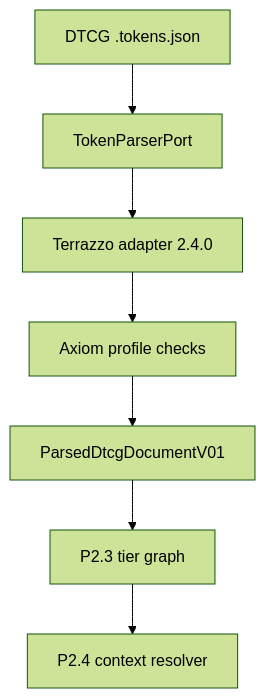
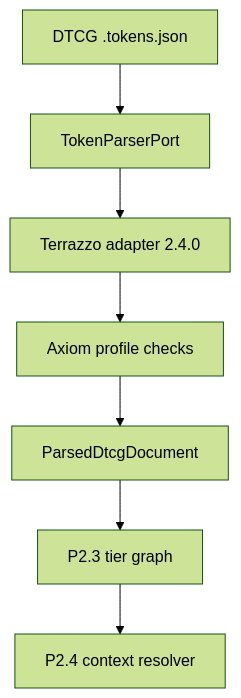
The diagram in docs/implementation/2026-09-01-p2-token-parser-and-normalization.md (Rengod95/Axiom-Design-System), drawn with Mermaid (forest theme) before and after one commit. The commit also changed other lines of this file and 114 other files, not shown here.

````diff
--- a/docs/implementation/2026-09-01-p2-token-parser-and-normalization.md
+++ b/docs/implementation/2026-09-01-p2-token-parser-and-normalization.md
@@ -18,9 +18,9 @@
 ```mermaid
 flowchart TD
   A["DTCG .tokens.json"] --> B["TokenParserPort"]
   B --> C["Terrazzo adapter 2.4.0"]
   C --> D["Axiom profile checks"]
-  D --> E["ParsedDtcgDocumentV01"]
+  D --> E["ParsedDtcgDocument"]
   E --> F["P2.3 tier graph"]
   F --> G["P2.4 context resolver"]
 ```
````
